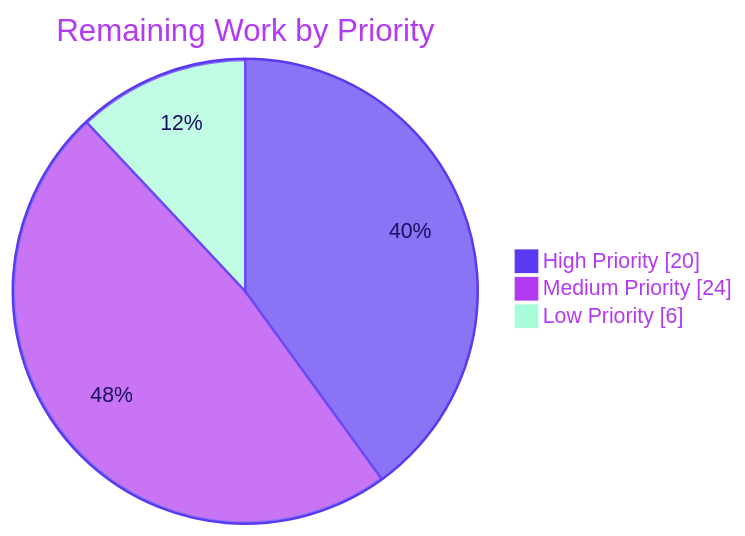
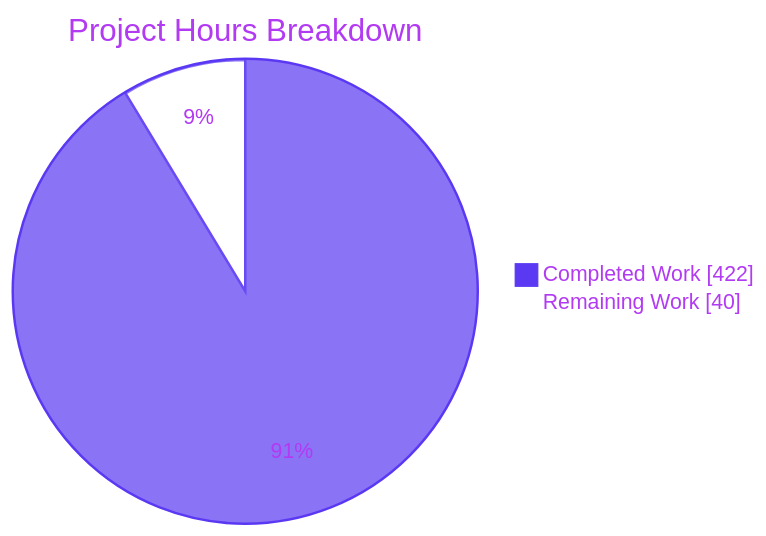
The third of 5 diagrams in blitzy/documentation/Project Guide.md (Blitzy-Sandbox/blitzy-ghostfolio), drawn with Mermaid before and after one commit. The commit also changed other lines of this file, not shown here.

Commit message:
Adding Blitzy Project Guide: Project Status and Human Tasks Remaining

````diff
--- a/blitzy/documentation/Project Guide.md
+++ b/blitzy/documentation/Project Guide.md
@@ -260,7 +336,6 @@
 ```mermaid
-%%{init: {'theme':'base', 'themeVariables': { 'pie1':'#5B39F3', 'pie2':'#B23AF2', 'pie3':'#A8FDD9', 'pieStrokeColor':'#5B39F3', 'pieOuterStrokeColor':'#5B39F3', 'pieTitleTextColor':'#B23AF2', 'pieSectionTextColor':'#1A105F', 'pieLegendTextColor':'#B23AF2'}}}%%
-pie showData title Remaining Work by Priority
-    "High Priority" : 20
-    "Medium Priority" : 24
-    "Low Priority" : 6
+%%{init: {'theme':'base', 'themeVariables': { 'pie1':'#5B39F3', 'pie2':'#FFFFFF', 'pieStrokeColor':'#5B39F3', 'pieOuterStrokeColor':'#5B39F3', 'pieTitleTextColor':'#B23AF2', 'pieSectionTextColor':'#B23AF2', 'pieLegendTextColor':'#B23AF2'}}}%%
+pie showData title Project Hours Breakdown
+    "Completed Work" : 422
+    "Remaining Work" : 40
 ```
````
